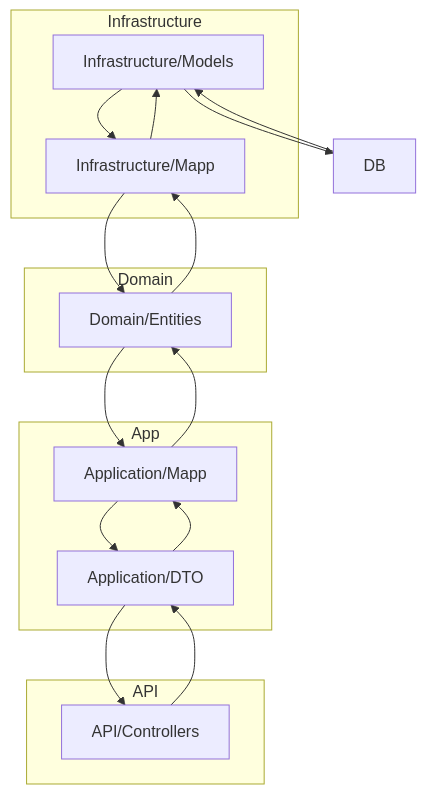
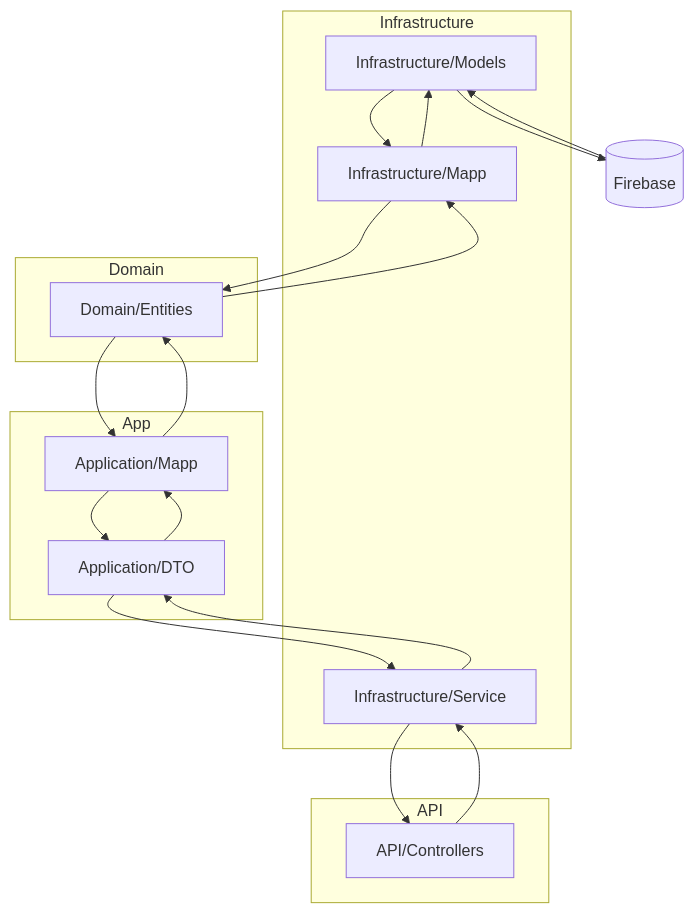
One commit to SergioAmadorLorente/Convivia-Backend changed the diagram in README.md. Above: the diagram before and after it, drawn with Mermaid. The commit also changed other lines of this file, not shown here.

Commit message:
Revise architecture overview and diagram details
Updated the program architecture description and diagram.

````diff
--- a/README.md
+++ b/README.md
@@ -55,46 +46,50 @@
 ```mermaid
 flowchart TB
     %% Infraestructura
     subgraph Infrastructure
         InfraModels["Infrastructure/Models"]
         InfraMapp["Infrastructure/Mapp"]
+        Service["Infrastructure/Service"]
     end
 
     %% Dominio
     subgraph Domain
         DomainEntities["Domain/Entities"]
     end
 
     %% Aplicación
     subgraph App
         AppMapp["Application/Mapp"]
         AppDTO["Application/DTO"]
     end
 
     %% API
     subgraph API
         APIControllers["API/Controllers"]
     end
 
     %% Base de Datos
-    DB["DB"]
+    DB[(Firebase)]
 
     %% Relaciones
     DB --> InfraModels
     InfraModels --> DB
 
     InfraModels --> InfraMapp
     InfraMapp --> InfraModels
 
     DomainEntities --> InfraMapp
     InfraMapp --> DomainEntities
 
     AppMapp --> DomainEntities
     DomainEntities --> AppMapp
 
     AppDTO --> AppMapp
     AppMapp --> AppDTO
 
-    AppDTO --> APIControllers
-    APIControllers --> AppDTO
+    Service --> AppDTO
+    AppDTO --> Service
+
+    APIControllers --> Service
+    Service --> APIControllers
 ```
````
